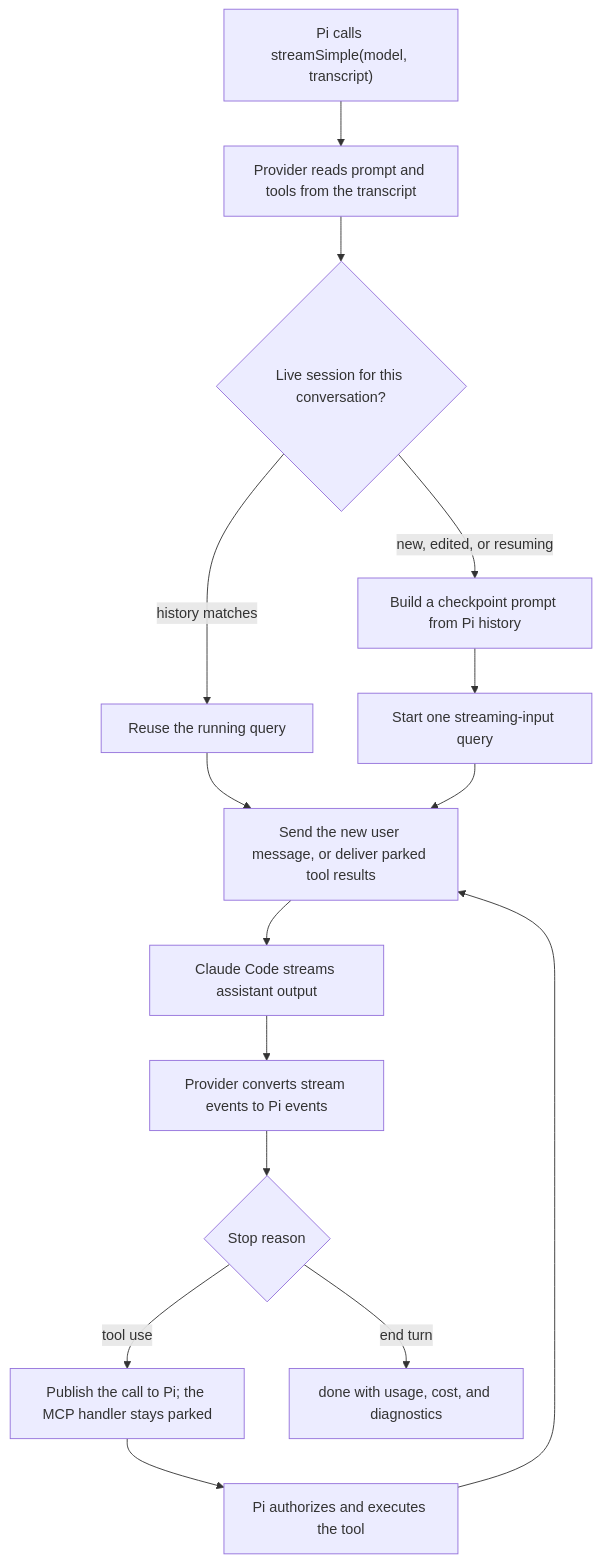
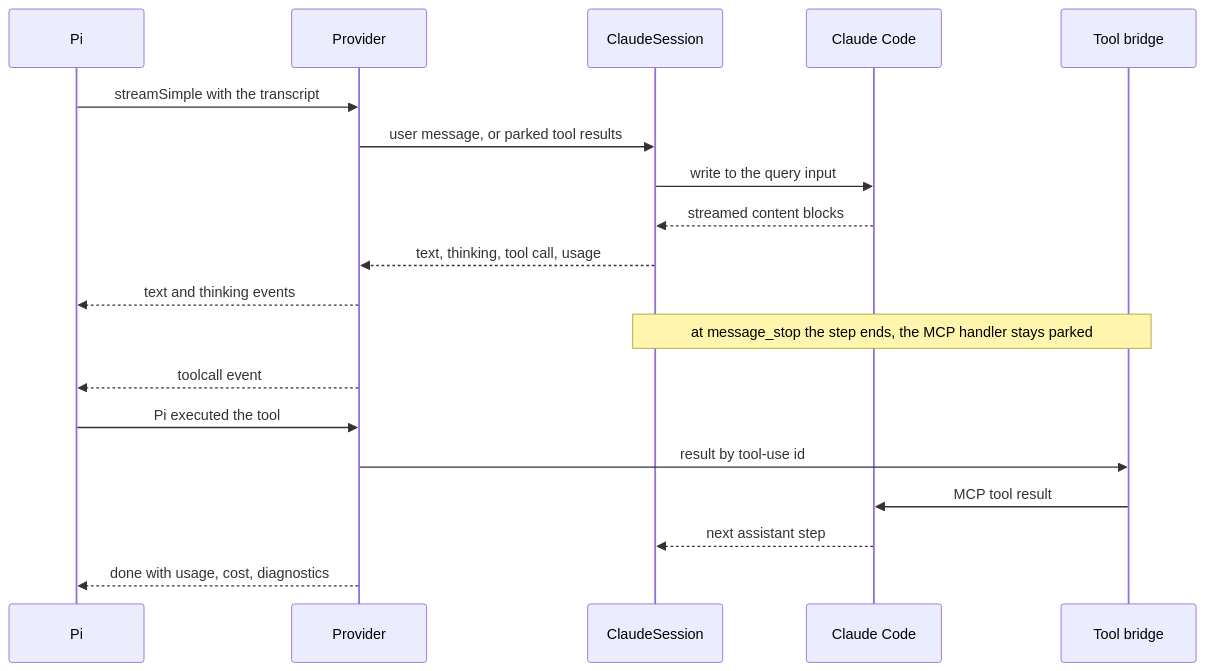
Before and after one commit to joaomj/pi-claude-directsdk: the diagram in docs/architecture.md, drawn with Mermaid. The commit also changed other lines of this file, not shown here.

First line of the commit message:
Rework the architecture document around one diagram

````diff
--- a/docs/architecture.md
+++ b/docs/architecture.md
@@ -5,17 +16,22 @@
 ```mermaid
-flowchart TD
-    A["Pi calls streamSimple(model, transcript)"] --> B["Provider reads prompt and tools from the transcript"]
-    B --> C{"Live session for this conversation?"}
-    C -->|history matches| D["Reuse the running query"]
-    C -->|new, edited, or resuming| E["Build a checkpoint prompt from Pi history"]
-    E --> F["Start one streaming-input query"]
-    D --> G["Send the new user message, or deliver parked tool results"]
-    F --> G
-    G --> H["Claude Code streams assistant output"]
-    H --> I["Provider converts stream events to Pi events"]
-    I --> J{"Stop reason"}
-    J -->|tool use| K["Publish the call to Pi; the MCP handler stays parked"]
-    K --> L["Pi authorizes and executes the tool"]
-    L --> G
-    J -->|end turn| M["done with usage, cost, and diagnostics"]
+sequenceDiagram
+    participant Pi
+    participant P as Provider
+    participant S as ClaudeSession
+    participant C as Claude Code
+    participant T as Tool bridge
+
+    Pi->>P: streamSimple with the transcript
+    P->>S: user message, or parked tool results
+    S->>C: write to the query input
+    C-->>S: streamed content blocks
+    S-->>P: text, thinking, tool call, usage
+    P-->>Pi: text and thinking events
+    Note over S,T: at message_stop the step ends, the MCP handler stays parked
+    P-->>Pi: toolcall event
+    Pi->>P: Pi executed the tool
+    P->>T: result by tool-use id
+    T->>C: MCP tool result
+    C-->>S: next assistant step
+    P-->>Pi: done with usage, cost, diagnostics
 ```
````
